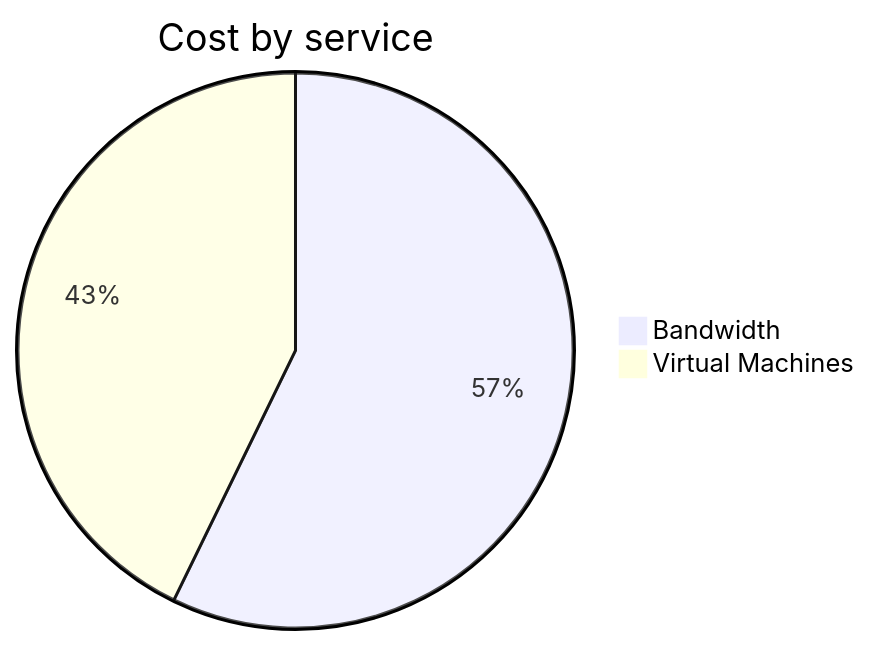
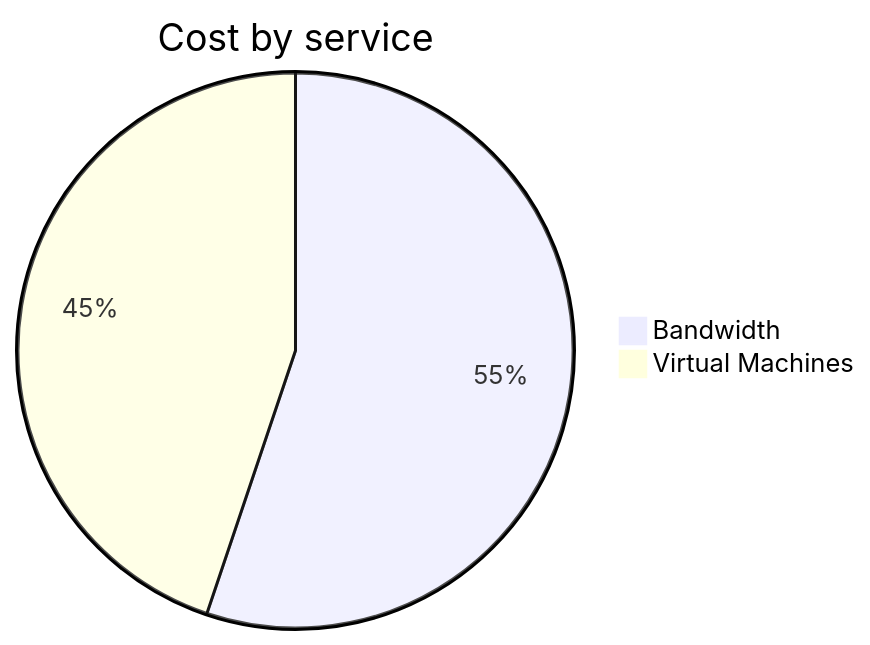
The second of 4 diagrams in cost-reports/personal-network/vpn-server.md (jpfulton/azure-personal-reports), drawn with Mermaid before and after one commit. The commit also changed other lines of this file and 8 other files, not shown here.

````diff
--- a/cost-reports/personal-network/vpn-server.md
+++ b/cost-reports/personal-network/vpn-server.md
@@ -96,6 +96,6 @@
 ```mermaid
 pie
    title Cost by service
-   "Bandwidth" : 1.11
-   "Virtual Machines" : 0.83
+   "Bandwidth" : 1.28
+   "Virtual Machines" : 1.04
 ```
````
